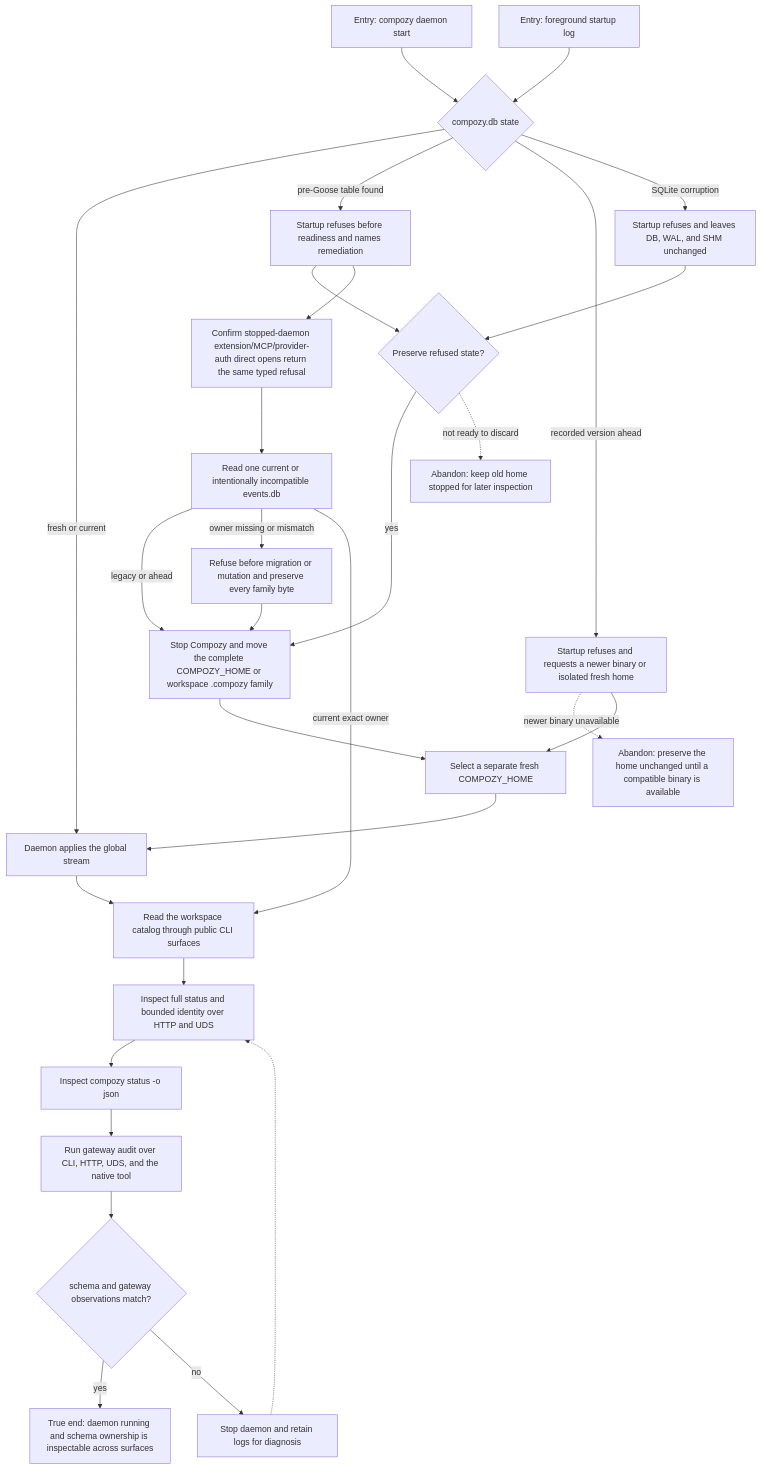
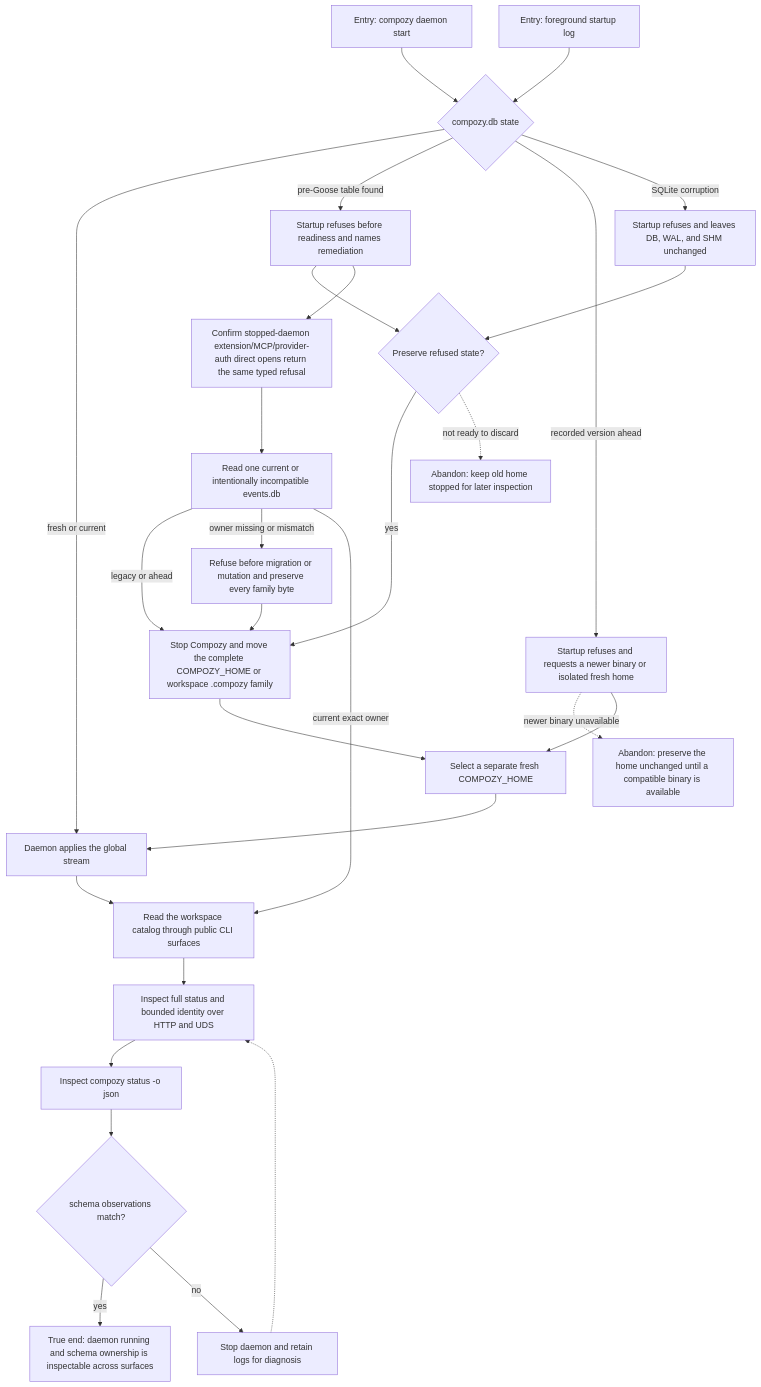
The diagram in docs/qa/journeys/J-operate-daemon-schema.md (compozy/compozy), drawn with Mermaid before and after one commit. The commit also changed other lines of this file and 2759 other files, not shown here.

````diff
--- a/docs/qa/journeys/J-operate-daemon-schema.md
+++ b/docs/qa/journeys/J-operate-daemon-schema.md
@@ -6,31 +6,30 @@
 ```mermaid
 flowchart TD
     C1[Entry: compozy daemon start] --> DB{compozy.db state}
     C2[Entry: foreground startup log] --> DB
     DB -->|fresh or current| BOOT[Daemon applies the global stream]
     DB -->|pre-Goose table found| REFUSE[Startup refuses before readiness and names remediation]
     DB -->|recorded version ahead| AHEAD[Startup refuses and requests a newer binary or isolated fresh home]
     DB -->|SQLite corruption| CORRUPT[Startup refuses and leaves DB, WAL, and SHM unchanged]
     REFUSE --> CHOICE{Preserve refused state?}
     CORRUPT --> CHOICE
     CHOICE -->|yes| BACKUP[Stop Compozy and move the complete COMPOZY_HOME or workspace .compozy family]
     CHOICE -.->|not ready to discard| ABANDON[Abandon: keep old home stopped for later inspection]
     REFUSE --> DIRECT[Confirm stopped-daemon extension/MCP/provider-auth direct opens return the same typed refusal]
     DIRECT --> SESSIONREAD[Read one current or intentionally incompatible events.db]
     SESSIONREAD -->|legacy or ahead| BACKUP
     SESSIONREAD -->|owner missing or mismatch| OWNERREFUSE[Refuse before migration or mutation and preserve every family byte]
     OWNERREFUSE --> BACKUP
     SESSIONREAD -->|current exact owner| DOMAINS
     AHEAD -.->|newer binary unavailable| ABANDONAHEAD[Abandon: preserve the home unchanged until a compatible binary is available]
     AHEAD --> FRESH[Select a separate fresh COMPOZY_HOME]
     FRESH --> BOOT
     BACKUP --> FRESH
     BOOT --> DOMAINS[Read the workspace catalog through public CLI surfaces]
     DOMAINS --> STATUS[Inspect full status and bounded identity over HTTP and UDS]
     STATUS --> CLI[Inspect compozy status -o json]
-    CLI --> AUDIT[Run gateway audit over CLI, HTTP, UDS, and the native tool]
-    AUDIT --> MATCH{schema and gateway observations match?}
+    CLI --> MATCH{schema observations match?}
     MATCH -->|yes| END[True end: daemon running and schema ownership is inspectable across surfaces]
     MATCH -->|no| STOP[Stop daemon and retain logs for diagnosis]
     STOP -.-> STATUS
 ```
````
